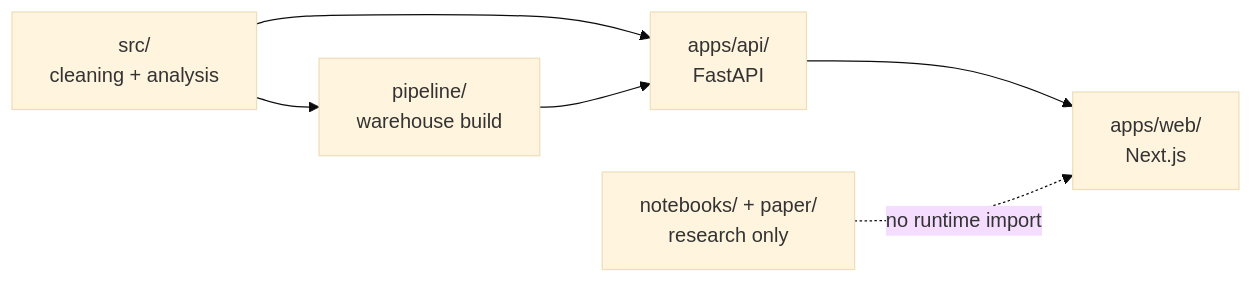
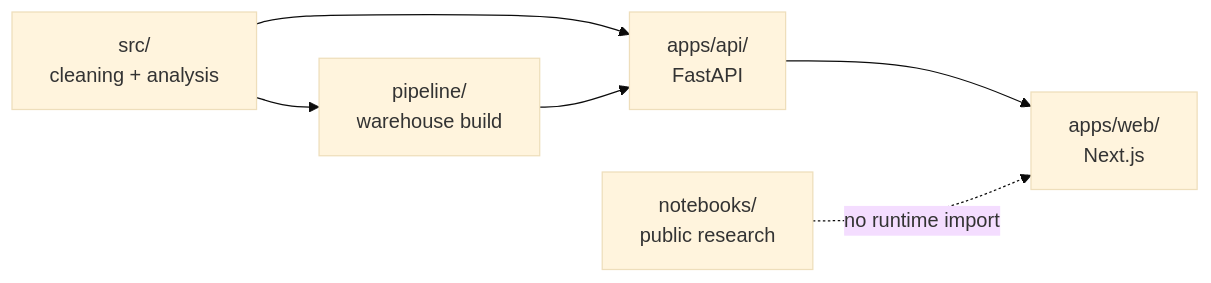
One commit to Slrosales/Colombianos-detenidos-en-el-exterior changed the fifth of 6 diagrams in docs/architecture.md. Above: the diagram before and after it, drawn with Mermaid (base theme). The commit also changed other lines of this file and 6 other files, not shown here.

````diff
--- a/docs/architecture.md
+++ b/docs/architecture.md
@@ -95,8 +95,8 @@
 ```mermaid
 flowchart LR
     SRC["src/<br/>cleaning + analysis"] --> PIPE["pipeline/<br/>warehouse build"]
     SRC --> API["apps/api/<br/>FastAPI"]
     PIPE --> API
     API --> WEB["apps/web/<br/>Next.js"]
-    NOTE["notebooks/ + paper/<br/>research only"] -. "no runtime import" .-> WEB
+    NOTE["notebooks/<br/>public research"] -. "no runtime import" .-> WEB
 ```
````
